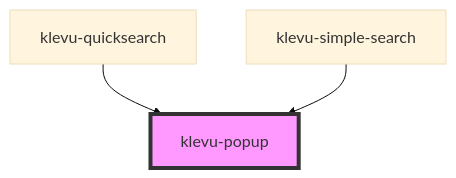
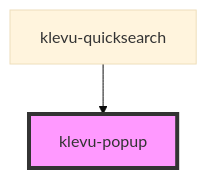
Before and after one commit to klevultd/frontend-sdk: the diagram in packages/klevu-ui/src/components/klevu-popup/readme.md, drawn with Mermaid (base theme). The commit also changed other lines of this file and 18 other files, not shown here.

````diff
--- a/packages/klevu-ui/src/components/klevu-popup/readme.md
+++ b/packages/klevu-ui/src/components/klevu-popup/readme.md
@@ -68,6 +67,5 @@
 ```mermaid
 graph TD;
   klevu-quicksearch --> klevu-popup
-  klevu-simple-search --> klevu-popup
   style klevu-popup fill:#f9f,stroke:#333,stroke-width:4px
 ```
````
